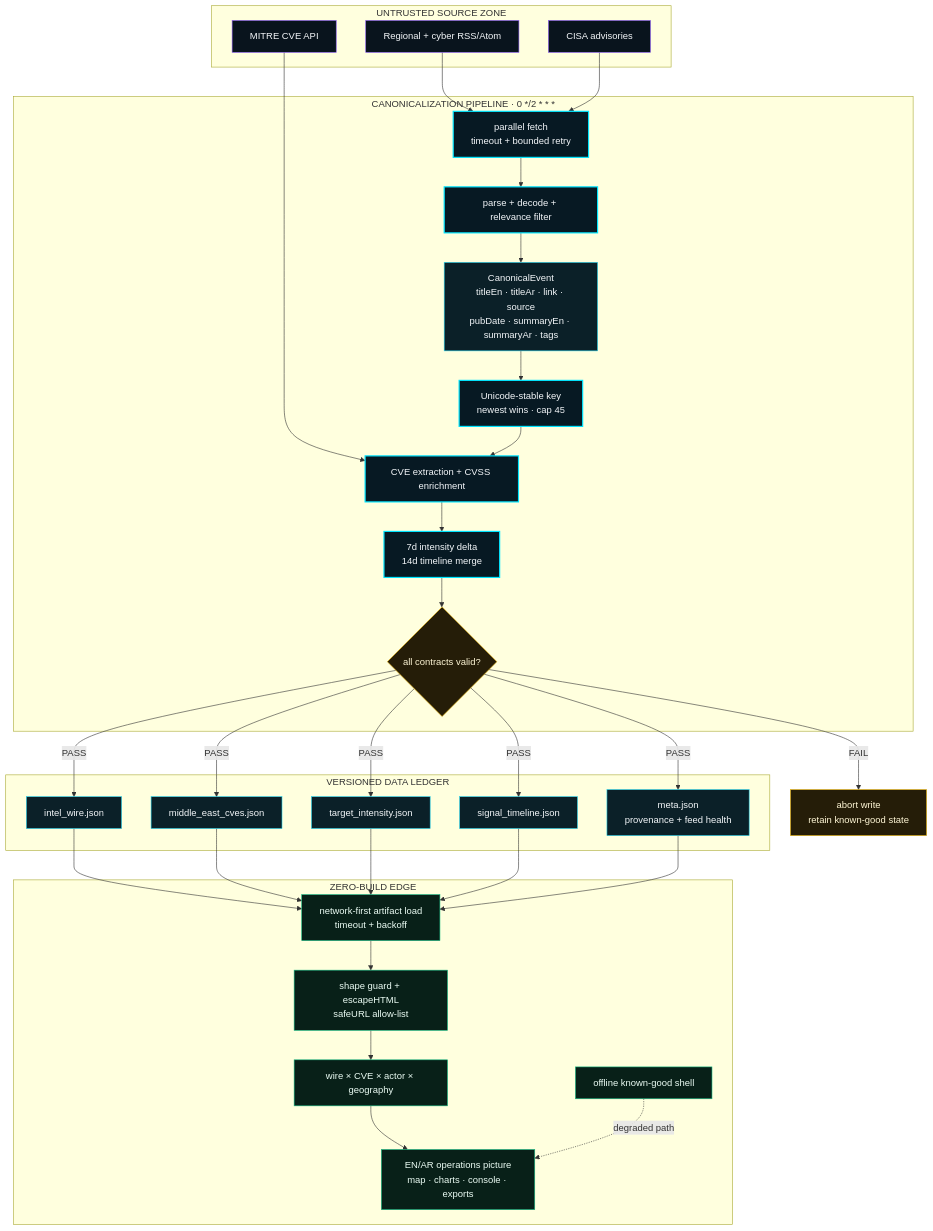
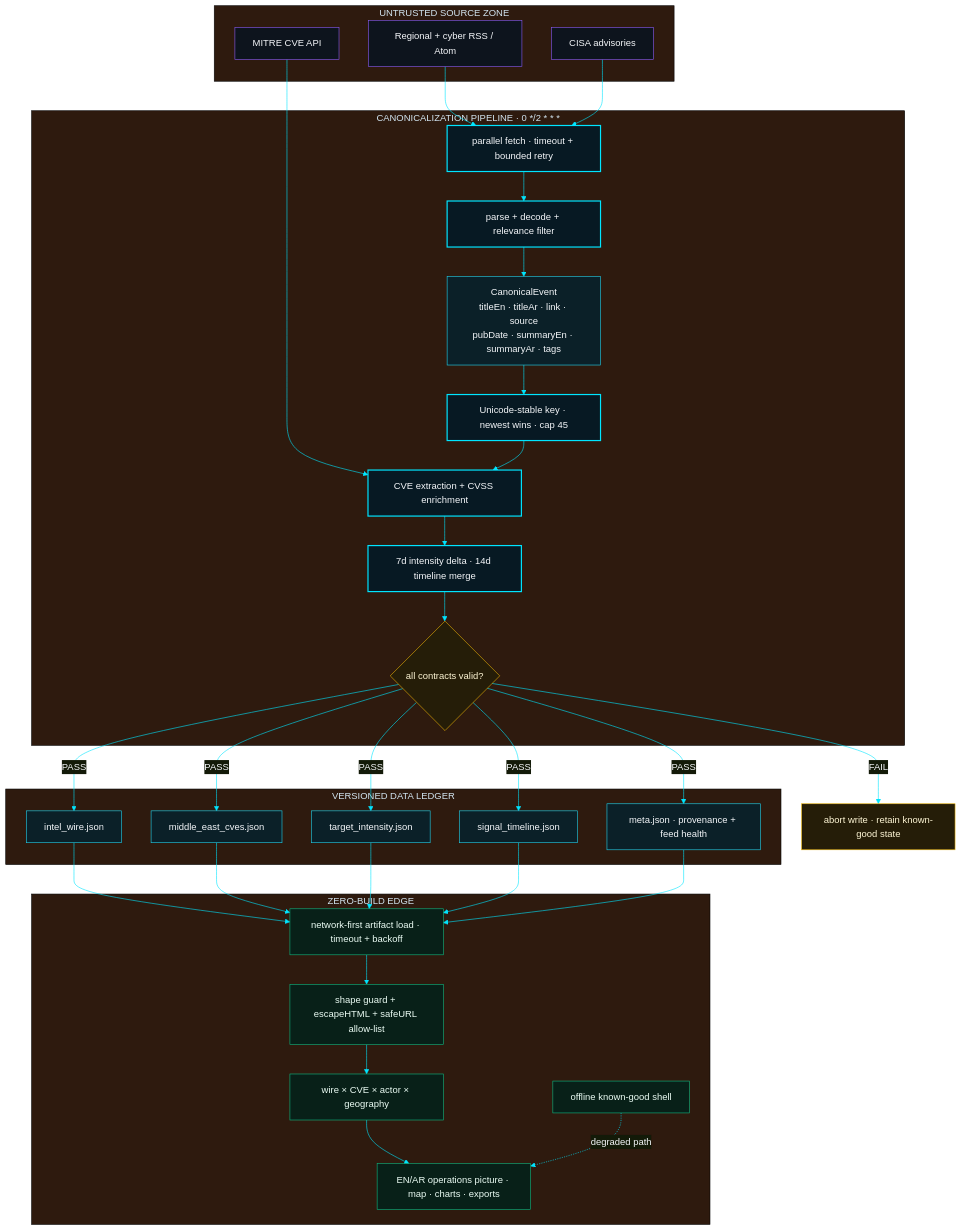
Before and after one commit to YASLOGIST/yaslogist-intelligence: the first of 3 diagrams in README.md, drawn with Mermaid. The commit also changed other lines of this file, not shown here.

````diff
--- a/README.md
+++ b/README.md
@@ -100,48 +113,49 @@
 ```mermaid
+%%{init: {"theme": "base", "themeVariables": {"background": "#05090E", "primaryColor": "#08131A", "primaryBorderColor": "#00E5FF", "primaryTextColor": "#F5F7FA", "lineColor": "#00E5FF", "fontFamily": "monospace"}}}%%
 flowchart TB
-    classDef source fill:#09141d,stroke:#8b5cf6,color:#f4f7fa,stroke-width:1px
-    classDef process fill:#071923,stroke:#00e5ff,color:#f4f7fa,stroke-width:2px
-    classDef artifact fill:#0b2028,stroke:#22d3ee,color:#f4f7fa
-    classDef guard fill:#251d08,stroke:#eab308,color:#fff7d6
-    classDef edge fill:#082018,stroke:#10b981,color:#ecfdf5
+    classDef source fill:#0d141d,stroke:#8B5CF6,color:#F5F7FA,stroke-width:1px
+    classDef process fill:#071923,stroke:#00E5FF,color:#F5F7FA,stroke-width:2px
+    classDef artifact fill:#0b2028,stroke:#22D3EE,color:#F5F7FA
+    classDef guard fill:#251d08,stroke:#EAB308,color:#FFF7D6
+    classDef edge fill:#082018,stroke:#10B981,color:#ECFDF5
 
     subgraph SOURCE[UNTRUSTED SOURCE ZONE]
-      RSS[Regional + cyber RSS/Atom]:::source
+      RSS[Regional + cyber RSS / Atom]:::source
       CISA[CISA advisories]:::source
       MITRE[MITRE CVE API]:::source
     end
 
     subgraph NORMALIZE[CANONICALIZATION PIPELINE · 0 */2 * * *]
-      FETCH[parallel fetch<br/>timeout + bounded retry]:::process
+      FETCH[parallel fetch · timeout + bounded retry]:::process
       PARSE[parse + decode + relevance filter]:::process
       EVENT[CanonicalEvent<br/>titleEn · titleAr · link · source<br/>pubDate · summaryEn · summaryAr · tags]:::artifact
-      DEDUPE[Unicode-stable key<br/>newest wins · cap 45]:::process
+      DEDUPE[Unicode-stable key · newest wins · cap 45]:::process
       ENRICH[CVE extraction + CVSS enrichment]:::process
-      SCORE[7d intensity delta<br/>14d timeline merge]:::process
+      SCORE[7d intensity delta · 14d timeline merge]:::process
       VALIDATE{all contracts valid?}:::guard
     end
 
     subgraph LEDGER[VERSIONED DATA LEDGER]
       WIRE[intel_wire.json]:::artifact
       CVE[middle_east_cves.json]:::artifact
       HEAT[target_intensity.json]:::artifact
       TIME[signal_timeline.json]:::artifact
-      META[meta.json<br/>provenance + feed health]:::artifact
+      META[meta.json · provenance + feed health]:::artifact
     end
 
     subgraph EDGE[ZERO-BUILD EDGE]
-      LOAD[network-first artifact load<br/>timeout + backoff]:::edge
-      SAFE[shape guard + escapeHTML<br/>safeURL allow-list]:::edge
+      LOAD[network-first artifact load · timeout + backoff]:::edge
+      SAFE[shape guard + escapeHTML + safeURL allow-list]:::edge
       FUSE[wire × CVE × actor × geography]:::edge
-      UI[EN/AR operations picture<br/>map · charts · console · exports]:::edge
+      UI[EN/AR operations picture · map · charts · exports]:::edge
       CACHE[offline known-good shell]:::edge
     end
 
     RSS & CISA --> FETCH --> PARSE --> EVENT --> DEDUPE
     MITRE --> ENRICH
     DEDUPE --> ENRICH --> SCORE --> VALIDATE
     VALIDATE -- PASS --> WIRE & CVE & HEAT & TIME & META
-    VALIDATE -- FAIL --> HOLD[abort write<br/>retain known-good state]:::guard
+    VALIDATE -- FAIL --> HOLD[abort write · retain known-good state]:::guard
     WIRE & CVE & HEAT & TIME & META --> LOAD --> SAFE --> FUSE --> UI
     CACHE -. degraded path .-> UI
 ```
````
